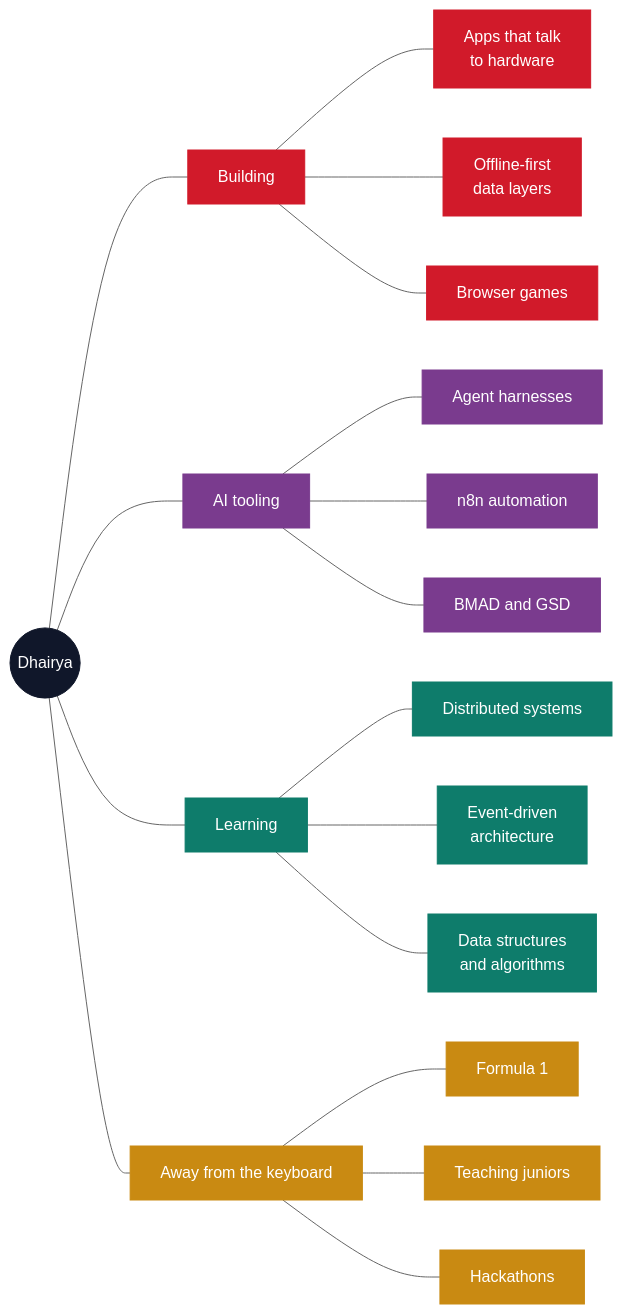
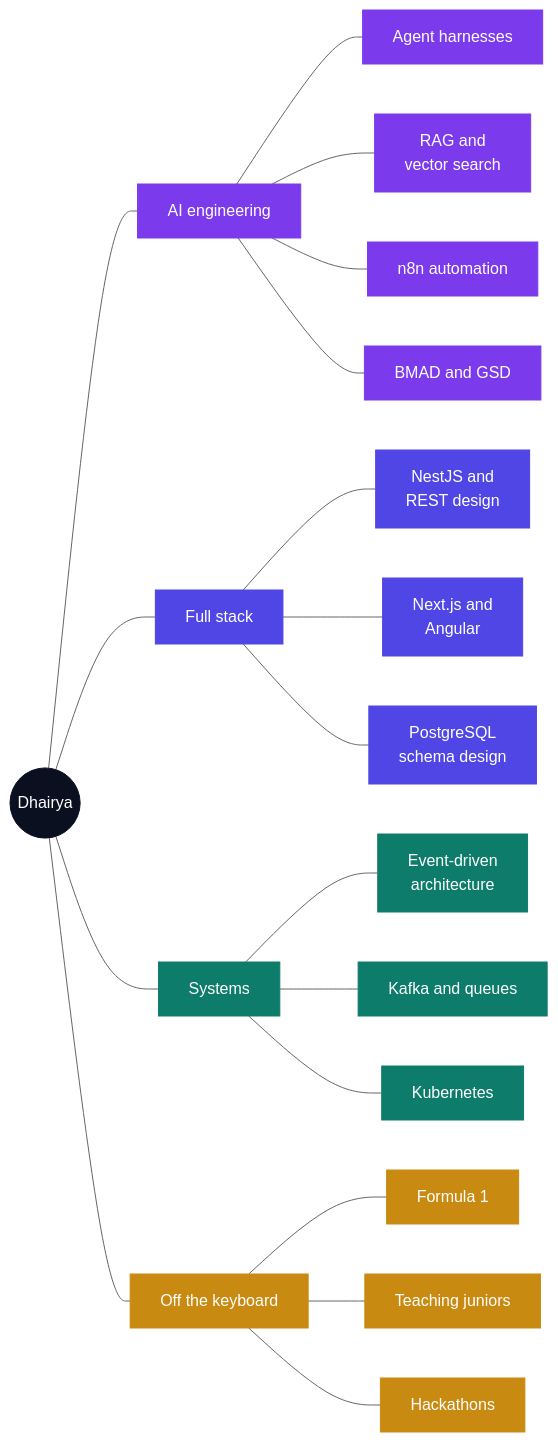
The fourth of 4 diagrams in README.md (Dhairya-007/Dhairya-007), drawn with Mermaid (neutral theme) before and after one commit. The commit also changed other lines of this file, not shown here.

First line of the commit message:
Reposition profile around full-stack and AI

````diff
--- a/README.md
+++ b/README.md
@@ -185,31 +268,32 @@
 ```mermaid
 flowchart LR
     U((Dhairya))
-    U --- B[Building]
-    U --- A[AI tooling]
-    U --- L[Learning]
-    U --- O[Away from the keyboard]
-    B --- B1[Apps that talk<br/>to hardware]
-    B --- B2[Offline-first<br/>data layers]
-    B --- B3[Browser games]
+    U --- A[AI engineering]
+    U --- F[Full stack]
+    U --- S[Systems]
+    U --- O[Off the keyboard]
     A --- A1[Agent harnesses]
-    A --- A2[n8n automation]
-    A --- A3[BMAD and GSD]
-    L --- L1[Distributed systems]
-    L --- L2[Event-driven<br/>architecture]
-    L --- L3[Data structures<br/>and algorithms]
+    A --- A2[RAG and<br/>vector search]
+    A --- A3[n8n automation]
+    A --- A4[BMAD and GSD]
+    F --- F1[NestJS and<br/>REST design]
+    F --- F2[Next.js and<br/>Angular]
+    F --- F3[PostgreSQL<br/>schema design]
+    S --- S1[Event-driven<br/>architecture]
+    S --- S2[Kafka and queues]
+    S --- S3[Kubernetes]
     O --- O1[Formula 1]
     O --- O2[Teaching juniors]
     O --- O3[Hackathons]
 
-    classDef root fill:#10172A,stroke:#10172A,color:#fff
-    classDef build fill:#D11A2A,stroke:#D11A2A,color:#fff
-    classDef ai fill:#7A3B8E,stroke:#7A3B8E,color:#fff
-    classDef learn fill:#0E7C6B,stroke:#0E7C6B,color:#fff
+    classDef root fill:#0B1020,stroke:#0B1020,color:#fff
+    classDef ai fill:#7C3AED,stroke:#7C3AED,color:#fff
+    classDef full fill:#4F46E5,stroke:#4F46E5,color:#fff
+    classDef sys fill:#0E7C6B,stroke:#0E7C6B,color:#fff
     classDef off fill:#C98A12,stroke:#C98A12,color:#fff
     class U root
-    class B,B1,B2,B3 build
-    class A,A1,A2,A3 ai
-    class L,L1,L2,L3 learn
+    class A,A1,A2,A3,A4 ai
+    class F,F1,F2,F3 full
+    class S,S1,S2,S3 sys
     class O,O1,O2,O3 off
 ```
````
